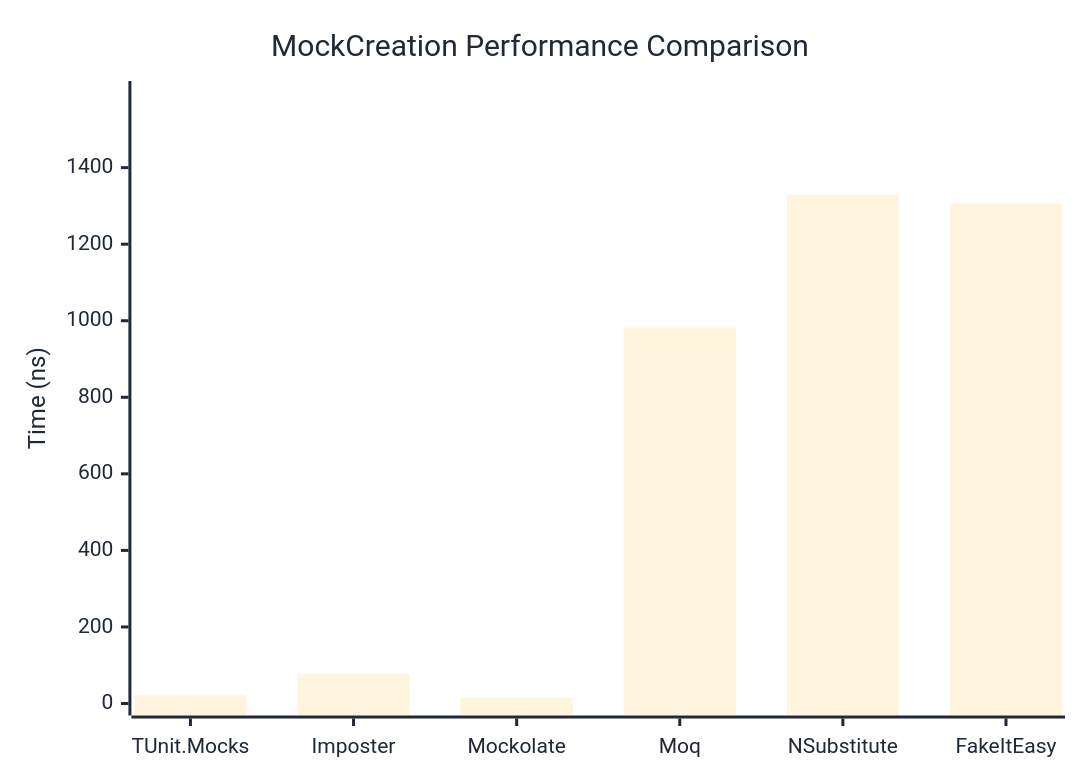
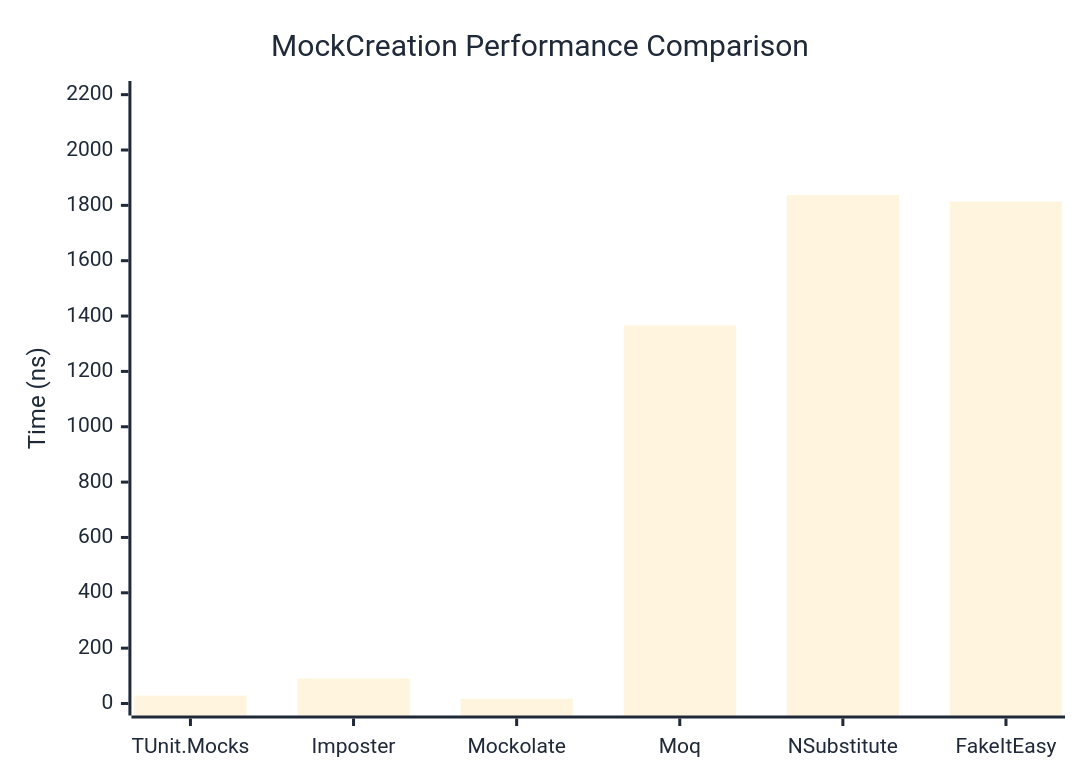
The first of 2 diagrams in docs/docs/benchmarks/mocks/MockCreation.md (thomhurst/TUnit), drawn with Mermaid before and after one commit. The commit also changed other lines of this file and 14 other files, not shown here.

````diff
--- a/docs/docs/benchmarks/mocks/MockCreation.md
+++ b/docs/docs/benchmarks/mocks/MockCreation.md
@@ -30,27 +30,27 @@
 ```mermaid
 %%{init: {
   'theme':'base',
   'themeVariables': {
     'primaryColor': '#2563eb',
     'primaryTextColor': '#1f2937',
     'primaryBorderColor': '#1e40af',
     'lineColor': '#6b7280',
     'secondaryColor': '#7c3aed',
     'tertiaryColor': '#dc2626',
     'background': '#ffffff',
     'pie1': '#2563eb',
     'pie2': '#7c3aed',
     'pie3': '#dc2626',
     'pie4': '#f59e0b',
     'pie5': '#10b981',
     'pie6': '#06b6d4',
     'pie7': '#ec4899',
     'pie8': '#6366f1'
   }
 }}%%
 xychart-beta
   title "MockCreation Performance Comparison"
   x-axis ["TUnit.Mocks", "Imposter", "Mockolate", "Moq", "NSubstitute", "FakeItEasy"]
-  y-axis "Time (ns)" 0 --> 1595
-  bar [23.02, 77.4, 14.9, 982.94, 1329, 1305.9]
+  y-axis "Time (ns)" 0 --> 2206
+  bar [28.55, 90.33, 17.08, 1367.02, 1837.69, 1813.97]
 ```
````
